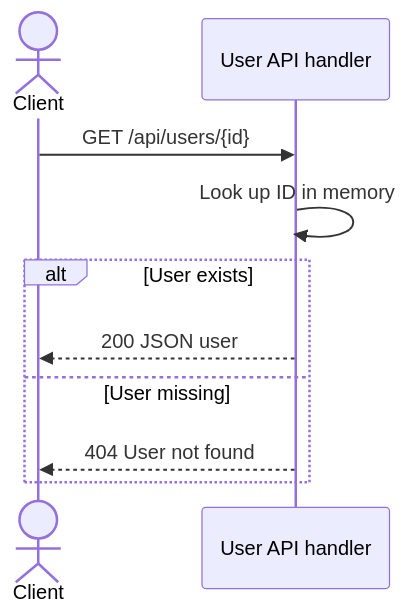
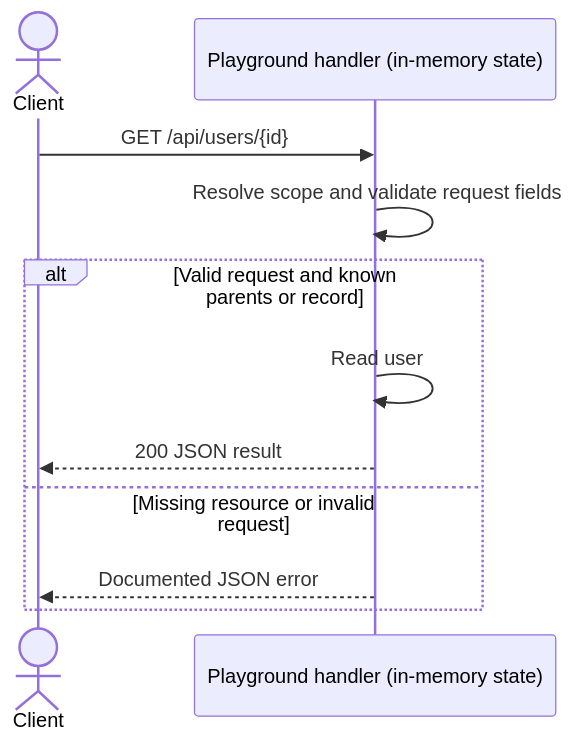
Before and after one commit to ipondnakab/speckub: the diagram in examples/node-api/docs/api/users/get-by-id.md, drawn with Mermaid. The commit also changed other lines of this file and 21 other files, not shown here.

Commit message:
feat: expand playground with CRUD and deeply nested API examples

````diff
--- a/examples/node-api/docs/api/users/get-by-id.md
+++ b/examples/node-api/docs/api/users/get-by-id.md
@@ -92,12 +88,13 @@
 ```mermaid
 sequenceDiagram
     actor Client
-    participant API as User API handler
+    participant API as Playground handler (in-memory state)
     Client->>API: GET /api/users/{id}
-    API->>API: Look up ID in memory
-    alt User exists
-        API-->>Client: 200 JSON user
-    else User missing
-        API-->>Client: 404 User not found
+    API->>API: Resolve scope and validate request fields
+    alt Valid request and known parents or record
+        API->>API: Read user
+        API-->>Client: 200 JSON result
+    else Missing resource or invalid request
+        API-->>Client: Documented JSON error
     end
 ```
````
